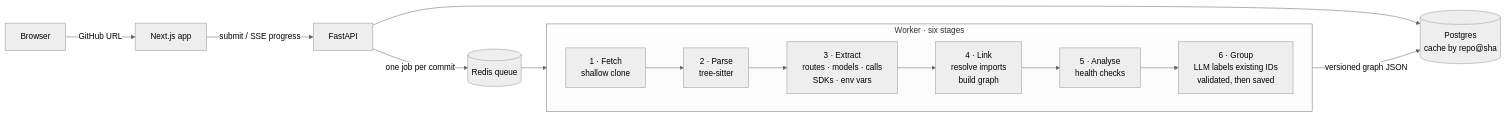
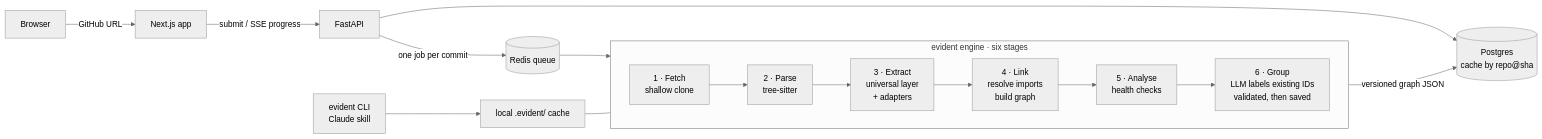
The diagram in README.md (aadilsal/Evident), drawn with Mermaid (neutral theme) before and after one commit. The commit also changed other lines of this file and 15 other files, not shown here.

First line of the commit message:
Refactor PRD and ADRs for project scope and architecture updates

````diff
--- a/README.md
+++ b/README.md
@@ -115,19 +163,21 @@
 ```mermaid
 flowchart LR
+    C[evident CLI<br/>Claude skill] --> L
     U[Browser] -->|GitHub URL| W[Next.js app]
     W -->|submit / SSE progress| A[FastAPI]
     A -->|one job per commit| Q[(Redis queue)]
     Q --> K
 
-    subgraph K[Worker · six stages]
+    subgraph K[evident engine · six stages]
         direction LR
         S1[1 · Fetch<br/>shallow clone] --> S2[2 · Parse<br/>tree-sitter]
-        S2 --> S3[3 · Extract<br/>routes · models · calls<br/>SDKs · env vars]
+        S2 --> S3[3 · Extract<br/>universal layer<br/>+ adapters]
         S3 --> S4[4 · Link<br/>resolve imports<br/>build graph]
         S4 --> S5[5 · Analyse<br/>health checks]
         S5 --> S6[6 · Group<br/>LLM labels existing IDs<br/>validated, then saved]
     end
+    L[local .evident/ cache] --- K
 
     K -->|versioned graph JSON| P[(Postgres<br/>cache by repo@sha)]
     A --> P
 ```
````
